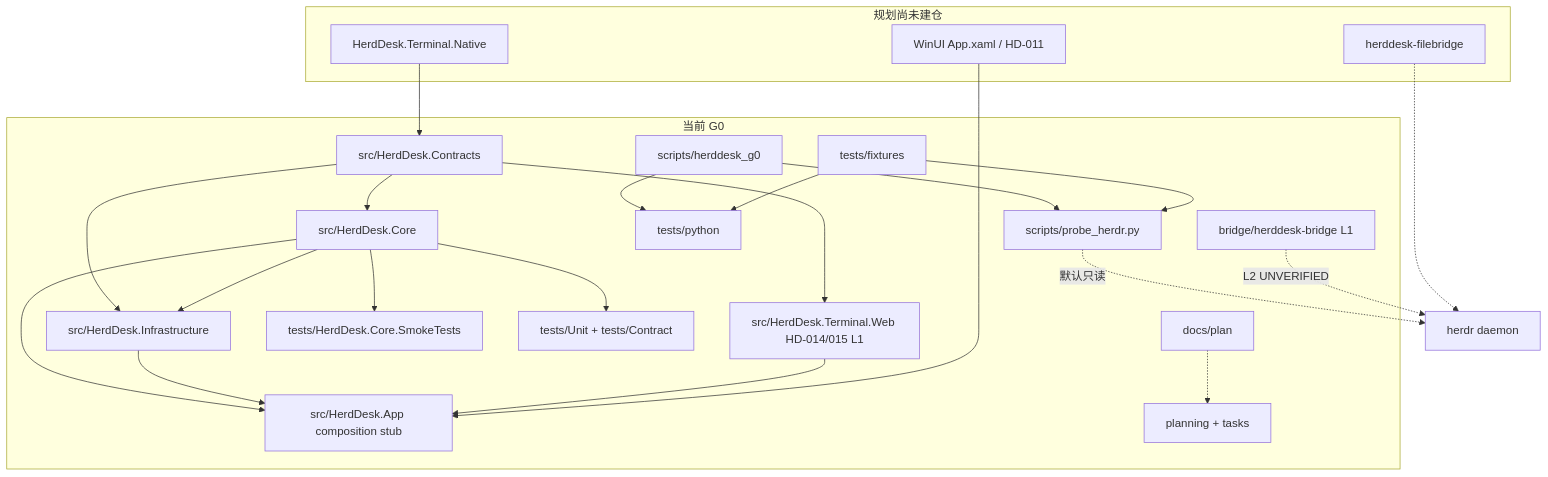
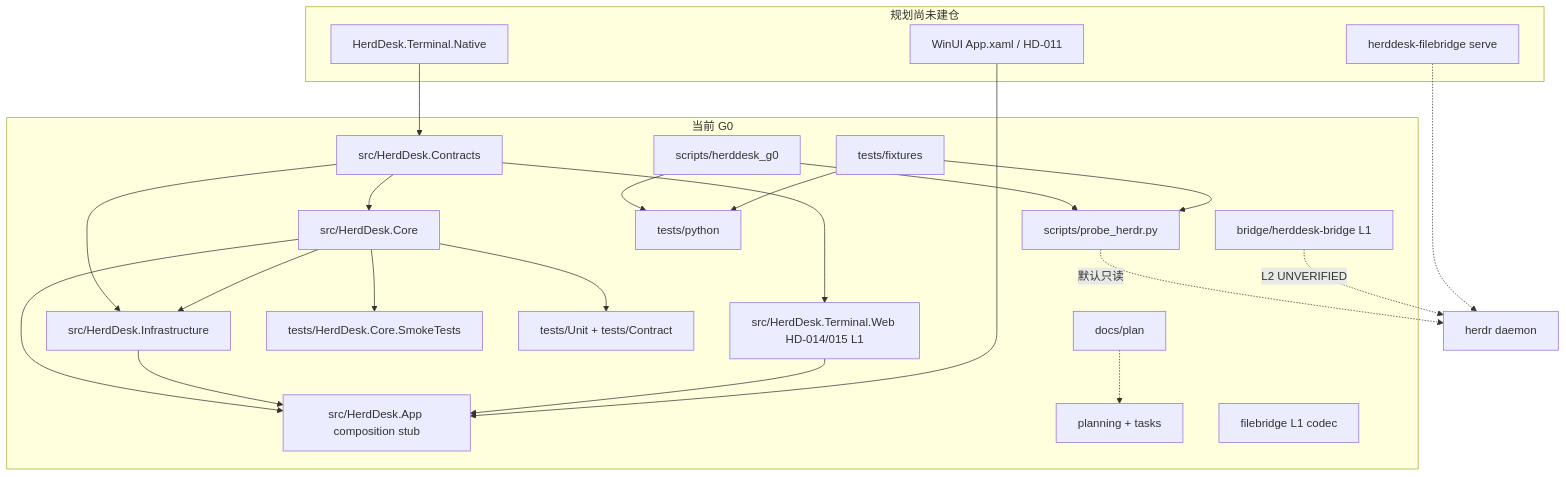
One commit to bahayonghang/HerdrDesk changed the diagram in CLAUDE.md. Above: the diagram before and after it, drawn with Mermaid. The commit also changed other lines of this file and 93 other files, not shown here.

````diff
--- a/CLAUDE.md
+++ b/CLAUDE.md
@@ -32,44 +32,45 @@
 ```mermaid
 flowchart TB
   subgraph current [当前 G0]
     Contracts["src/HerdDesk.Contracts"]
     Core["src/HerdDesk.Core"]
     Infra["src/HerdDesk.Infrastructure"]
     WebTerm["src/HerdDesk.Terminal.Web HD-014/015 L1"]
     App["src/HerdDesk.App composition stub"]
     Smoke["tests/HerdDesk.Core.SmokeTests"]
     Unit["tests/Unit + tests/Contract"]
     Proto["scripts/herddesk_g0"]
     Probe["scripts/probe_herdr.py"]
     PyTests["tests/python"]
     Fixtures["tests/fixtures"]
     PlanDocs["docs/plan"]
     Active["planning + tasks"]
     Contracts --> Core
     Contracts --> Infra
     Core --> Infra
     Contracts --> WebTerm
     Core --> App
     Infra --> App
     WebTerm --> App
     Core --> Smoke
     Core --> Unit
     Proto --> Probe
     Proto --> PyTests
     Fixtures --> PyTests
     Fixtures --> Probe
     PlanDocs -.-> Active
     Bridge["bridge/herddesk-bridge L1"]
+    FileBrCodec["filebridge L1 codec"]
   end
   subgraph planned [规划尚未建仓]
     NativeTerm["HerdDesk.Terminal.Native"]
     WinUiShell["WinUI App.xaml / HD-011"]
-    FileBr["herddesk-filebridge"]
+    FileBr["herddesk-filebridge serve"]
     NativeTerm --> Contracts
     WinUiShell --> App
   end
   herdr["herdr daemon"]
   Probe -.->|默认只读| herdr
   Bridge -.->|L2 UNVERIFIED| herdr
   FileBr -.-> herdr
 ```
````
